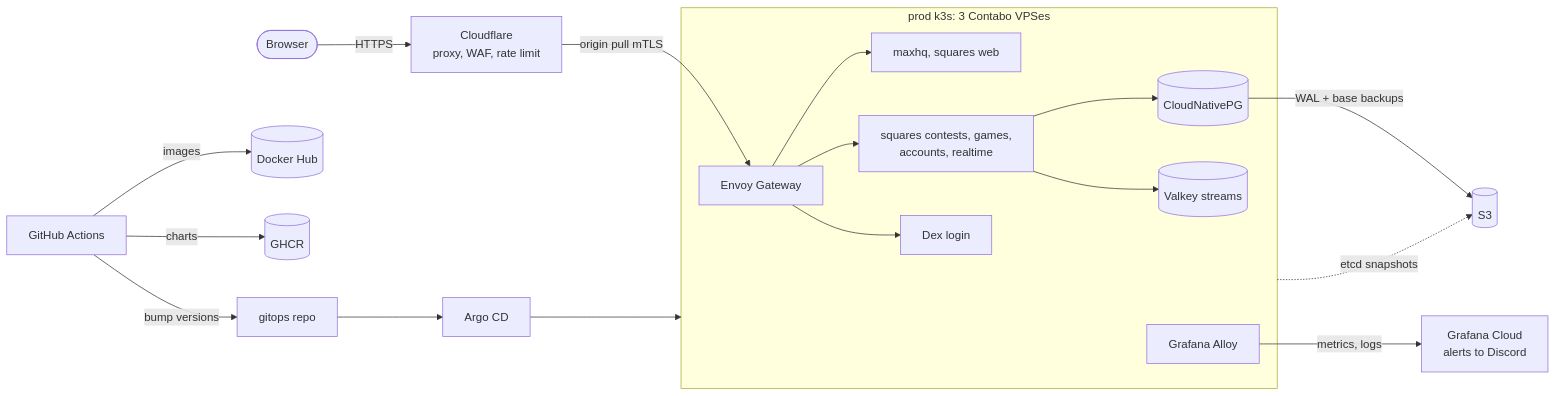
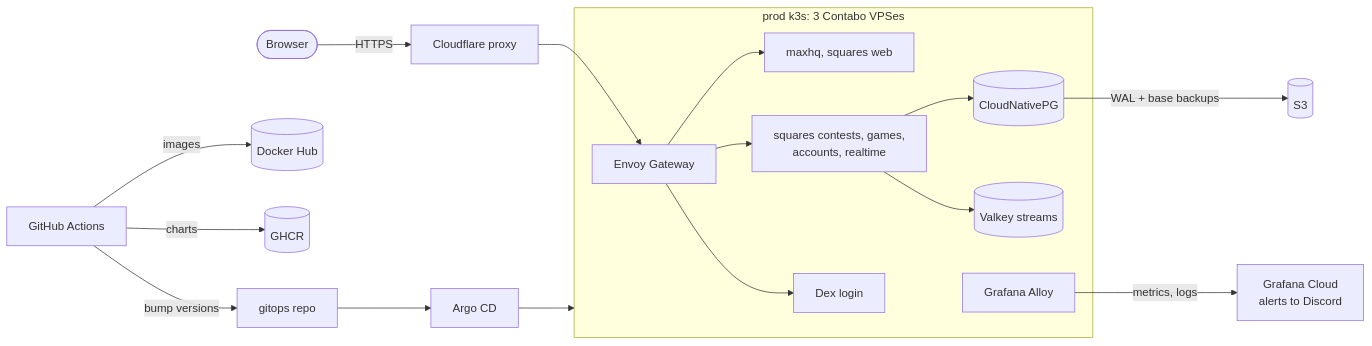
Before and after one commit to maxmorhardt/maxhq: the diagram in README.md, drawn with Mermaid. The commit also changed other lines of this file and 26 other files, not shown here.

````diff
--- a/README.md
+++ b/README.md
@@ -23,23 +23,22 @@
 ```mermaid
 flowchart LR
-  user([Browser]) -->|HTTPS| cf[Cloudflare<br/>proxy, WAF, rate limit]
-  cf -->|origin pull mTLS| gw
+  user([Browser]) -->|HTTPS| cf[Cloudflare proxy]
+  cf --> gw
 
   subgraph prod[prod k3s: 3 Contabo VPSes]
     gw[Envoy Gateway] --> web[maxhq, squares web]
     gw --> api[squares contests, games,<br/>accounts, realtime]
     gw --> dex[Dex login]
     api --> pg[(CloudNativePG)]
     api --> vk[(Valkey streams)]
     alloy[Grafana Alloy]
   end
 
   pg -->|WAL + base backups| s3[(S3)]
-  prod -.->|etcd snapshots| s3
   alloy -->|metrics, logs| grafana[Grafana Cloud<br/>alerts to Discord]
 
   gh[GitHub Actions] -->|images| hub[(Docker Hub)]
   gh -->|charts| ghcr[(GHCR)]
   gh -->|bump versions| gitops[gitops repo]
   gitops --> argo[Argo CD] --> prod
 ```
````
